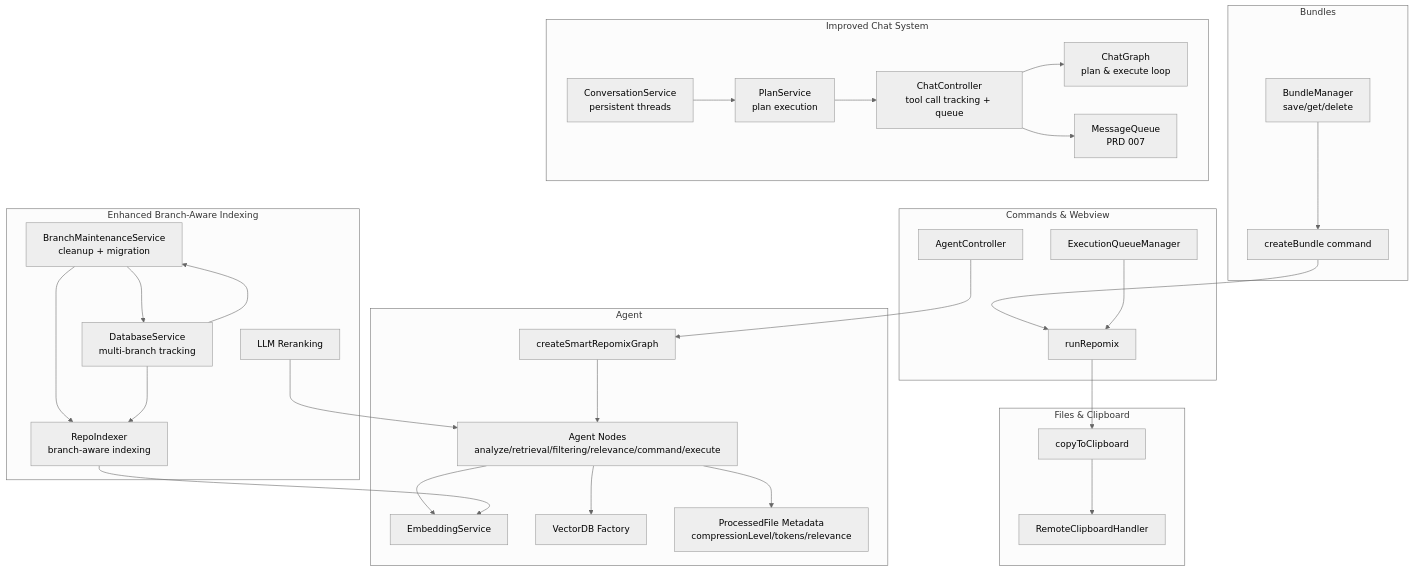
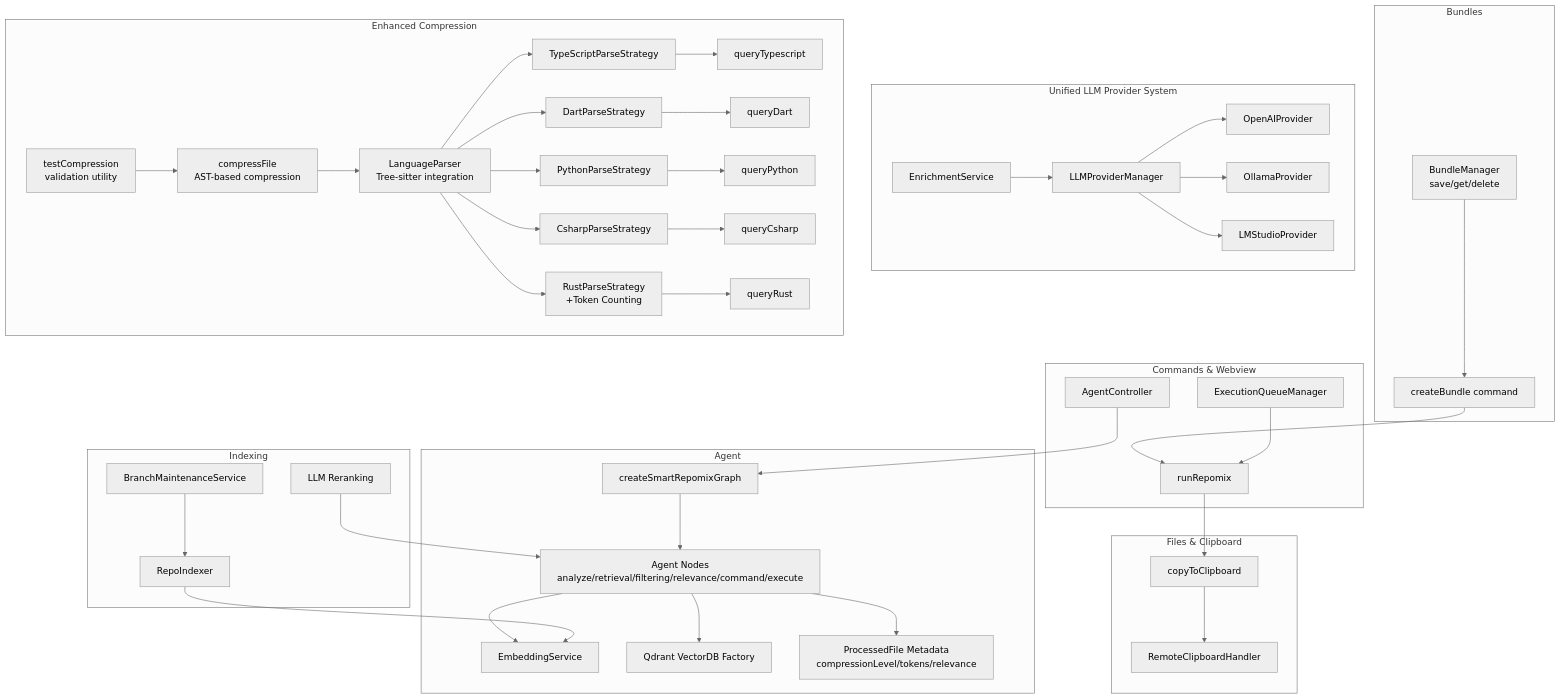
Before and after one commit to bramburn/repomix-runner: the first of 10 diagrams in .qoder/repowiki/en/content/Core Features/Core Features.md, drawn with Mermaid (neutral theme). The commit also changed other lines of this file and 41 other files, not shown here.

````diff
--- a/.qoder/repowiki/en/content/Core Features/Core Features.md
+++ b/.qoder/repowiki/en/content/Core Features/Core Features.md
@@ -86,56 +91,79 @@
 ```mermaid
 graph TB
 subgraph "Bundles"
 BM["BundleManager<br/>save/get/delete"]
 CB["createBundle command"]
 end
 subgraph "Agent"
 GR["createSmartRepomixGraph"]
 ND["Agent Nodes<br/>analyze/retrieval/filtering/relevance/command/execute"]
 EMB["EmbeddingService"]
-VDF["VectorDB Factory"]
+VDF["Qdrant VectorDB Factory"]
 PF["ProcessedFile Metadata<br/>compressionLevel/tokens/relevance"]
 end
-subgraph "Enhanced Branch-Aware Indexing"
-RI["RepoIndexer<br/>branch-aware indexing"]
+subgraph "Indexing"
+RI["RepoIndexer"]
 LLMR["LLM Reranking"]
-BMS["BranchMaintenanceService<br/>cleanup + migration"]
-DB["DatabaseService<br/>multi-branch tracking"]
+BMS["BranchMaintenanceService"]
 end
-subgraph "Improved Chat System"
-CS["ConversationService<br/>persistent threads"]
-PC["PlanService<br/>plan execution"]
-CC["ChatController<br/>tool call tracking + queue"]
-CG["ChatGraph<br/>plan & execute loop"]
-MQ["MessageQueue<br/>PRD 007"]
+subgraph "Unified LLM Provider System"
+LPM["LLMProviderManager"]
+OP["OpenAIProvider"]
+OL["OllamaProvider"]
+LM["LMStudioProvider"]
+ES["EnrichmentService"]
+end
+subgraph "Enhanced Compression"
+CF["compressFile<br/>AST-based compression"]
+LP["LanguageParser<br/>Tree-sitter integration"]
+TPS["TypeScriptParseStrategy"]
+DPS["DartParseStrategy"]
+PPS["PythonParseStrategy"]
+CSP["CsharpParseStrategy"]
+RPS["RustParseStrategy<br/>+Token Counting"]
+QT["queryTypescript"]
+QD["queryDart"]
+QP["queryPython"]
+QC["queryCsharp"]
+QR["queryRust"]
+TC["testCompression<br/>validation utility"]
 end
 subgraph "Files & Clipboard"
 CT["copyToClipboard"]
 RCH["RemoteClipboardHandler"]
 end
 subgraph "Commands & Webview"
 RR["runRepomix"]
 EQM["ExecutionQueueManager"]
 AC["AgentController"]
 end
 BM --> CB
 CB --> RR
 RR --> CT
 AC --> GR
 GR --> ND
 ND --> PF
 ND --> EMB
 ND --> VDF
 RI --> EMB
 LLMR --> ND
 BMS --> RI
-BMS --> DB
-DB --> RI
-DB --> BMS
-CS --> PC
-PC --> CC
-CC --> CG
-CC --> MQ
+LPM --> OP
+LPM --> OL
+LPM --> LM
+ES --> LPM
+CF --> LP
+LP --> TPS
+LP --> DPS
+LP --> PPS
+LP --> CSP
+LP --> RPS
+TPS --> QT
+DPS --> QD
+PPS --> QP
+CSP --> QC
+RPS --> QR
+TC --> CF
 CT --> RCH
 EQM --> RR
 ```
````
